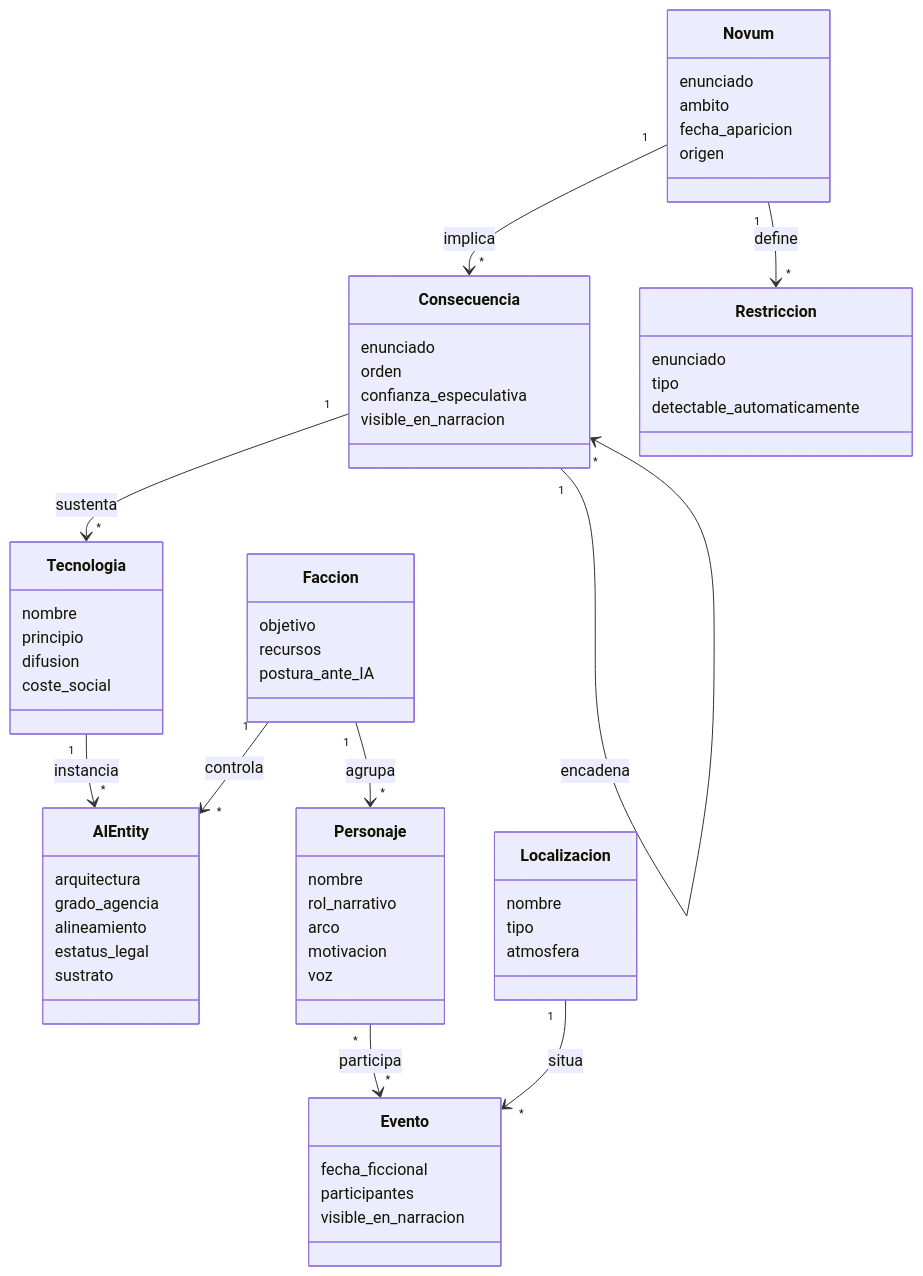
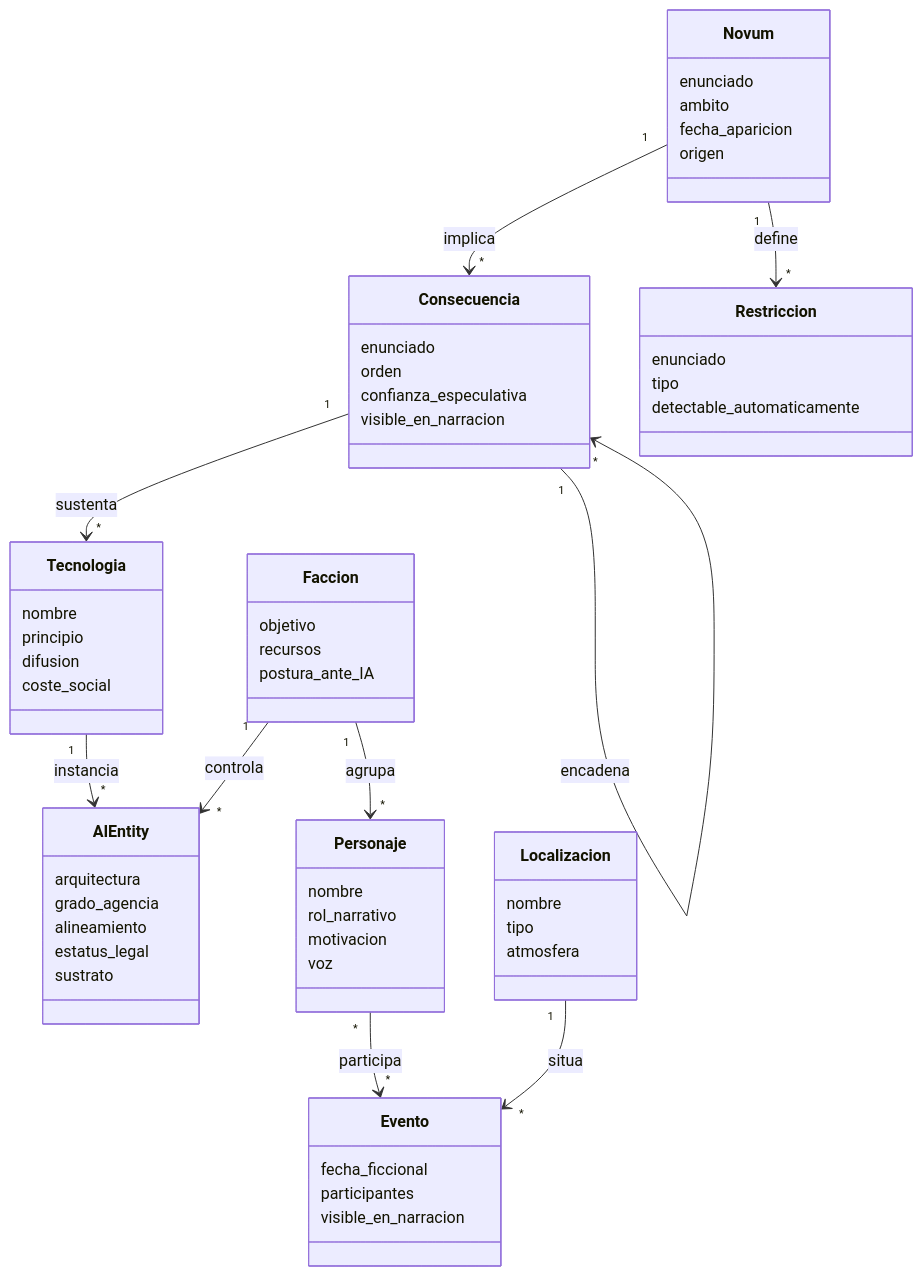
The first of 4 diagrams in docs/definitions.md (JNico-rb/story-maker), drawn with Mermaid before and after one commit. The commit also changed other lines of this file and 10 other files, not shown here.

````diff
--- a/docs/definitions.md
+++ b/docs/definitions.md
@@ -81,65 +81,64 @@
 ```mermaid
 classDiagram
     class Novum {
         enunciado
         ambito
         fecha_aparicion
         origen
     }
     class Consecuencia {
         enunciado
         orden
         confianza_especulativa
         visible_en_narracion
     }
     class Restriccion {
         enunciado
         tipo
         detectable_automaticamente
     }
     class AIEntity {
         arquitectura
         grado_agencia
         alineamiento
         estatus_legal
         sustrato
     }
     class Tecnologia {
         nombre
         principio
         difusion
         coste_social
     }
     class Faccion {
         objetivo
         recursos
         postura_ante_IA
     }
     class Personaje {
         nombre
         rol_narrativo
-        arco
         motivacion
         voz
     }
     class Evento {
         fecha_ficcional
         participantes
         visible_en_narracion
     }
     class Localizacion {
         nombre
         tipo
         atmosfera
     }
 
     Novum "1" --> "*" Consecuencia : implica
     Consecuencia "1" --> "*" Consecuencia : encadena
     Consecuencia "1" --> "*" Tecnologia : sustenta
     Novum "1" --> "*" Restriccion : define
     Tecnologia "1" --> "*" AIEntity : instancia
     Faccion "1" --> "*" Personaje : agrupa
     Faccion "1" --> "*" AIEntity : controla
     Personaje "*" --> "*" Evento : participa
     Localizacion "1" --> "*" Evento : situa
 ```
````
